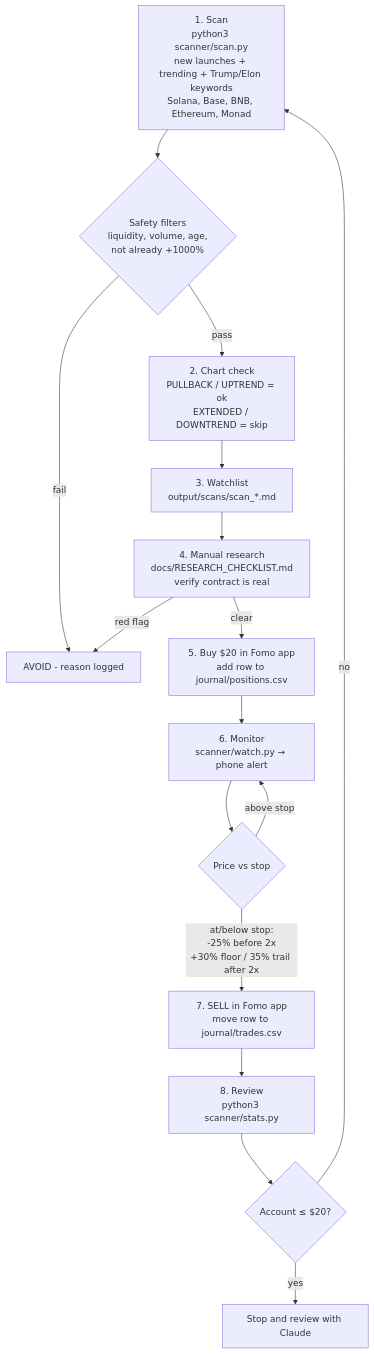
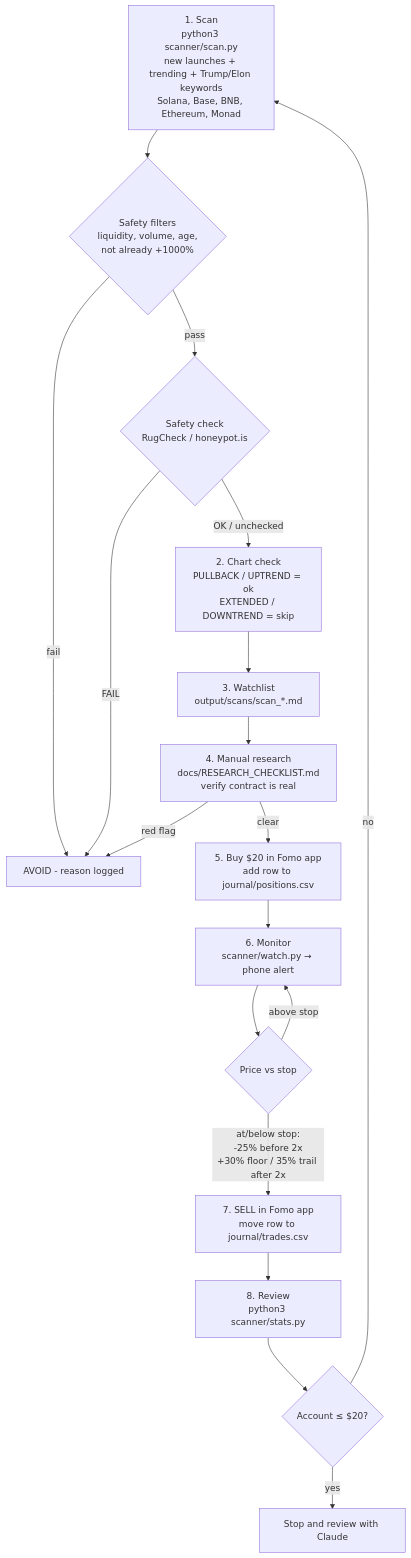
Before and after one commit to andrewagent214/Claude-Fomo-1: the diagram in README.md, drawn with Mermaid. The commit also changed other lines of this file and 7 other files, not shown here.

First line of the commit message:
Add RugCheck and honeypot.is contract-safety checks to scans

````diff
--- a/README.md
+++ b/README.md
@@ -16,18 +16,20 @@
 ```mermaid
 flowchart TD
     A[1. Scan<br/>python3 scanner/scan.py<br/>new launches + trending + Trump/Elon keywords<br/>Solana, Base, BNB, Ethereum, Monad] --> B{Safety filters<br/>liquidity, volume, age,<br/>not already +1000%}
     B -- fail --> X[AVOID - reason logged]
-    B -- pass --> C[2. Chart check<br/>PULLBACK / UPTREND = ok<br/>EXTENDED / DOWNTREND = skip]
+    B -- pass --> S{Safety check<br/>RugCheck / honeypot.is}
+    S -- FAIL --> X
+    S -- OK / unchecked --> C[2. Chart check<br/>PULLBACK / UPTREND = ok<br/>EXTENDED / DOWNTREND = skip]
     C --> D[3. Watchlist<br/>output/scans/scan_*.md]
     D --> E[4. Manual research<br/>docs/RESEARCH_CHECKLIST.md<br/>verify contract is real]
     E -- red flag --> X
     E -- clear --> F[5. Buy $20 in Fomo app<br/>add row to journal/positions.csv]
     F --> G[6. Monitor<br/>scanner/watch.py → phone alert]
     G --> H{Price vs stop}
     H -- above stop --> G
     H -- "at/below stop:<br/>-25% before 2x<br/>+30% floor / 35% trail after 2x" --> I[7. SELL in Fomo app<br/>move row to journal/trades.csv]
     I --> J[8. Review<br/>python3 scanner/stats.py]
     J --> K{Account ≤ $20?}
     K -- yes --> STOP[Stop and review with Claude]
     K -- no --> A
 ```
````
